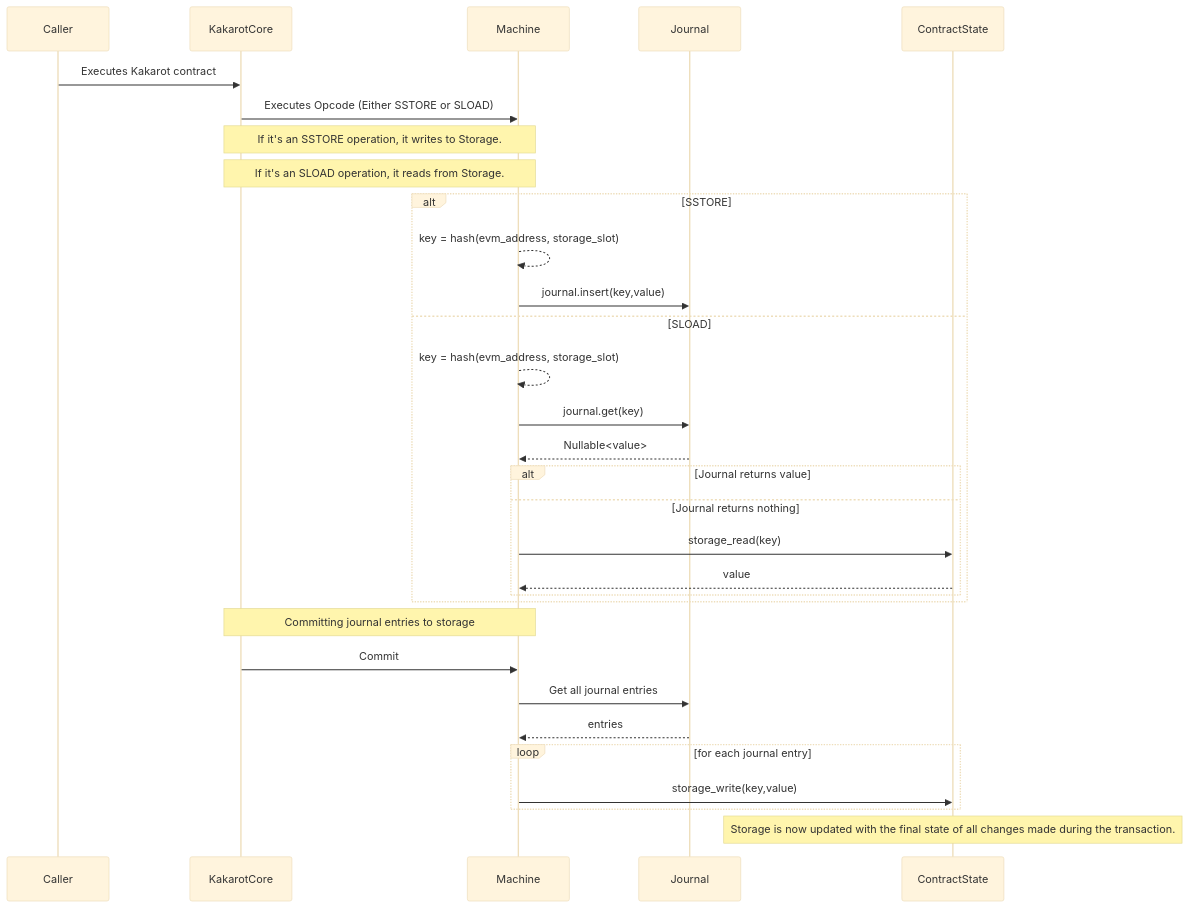
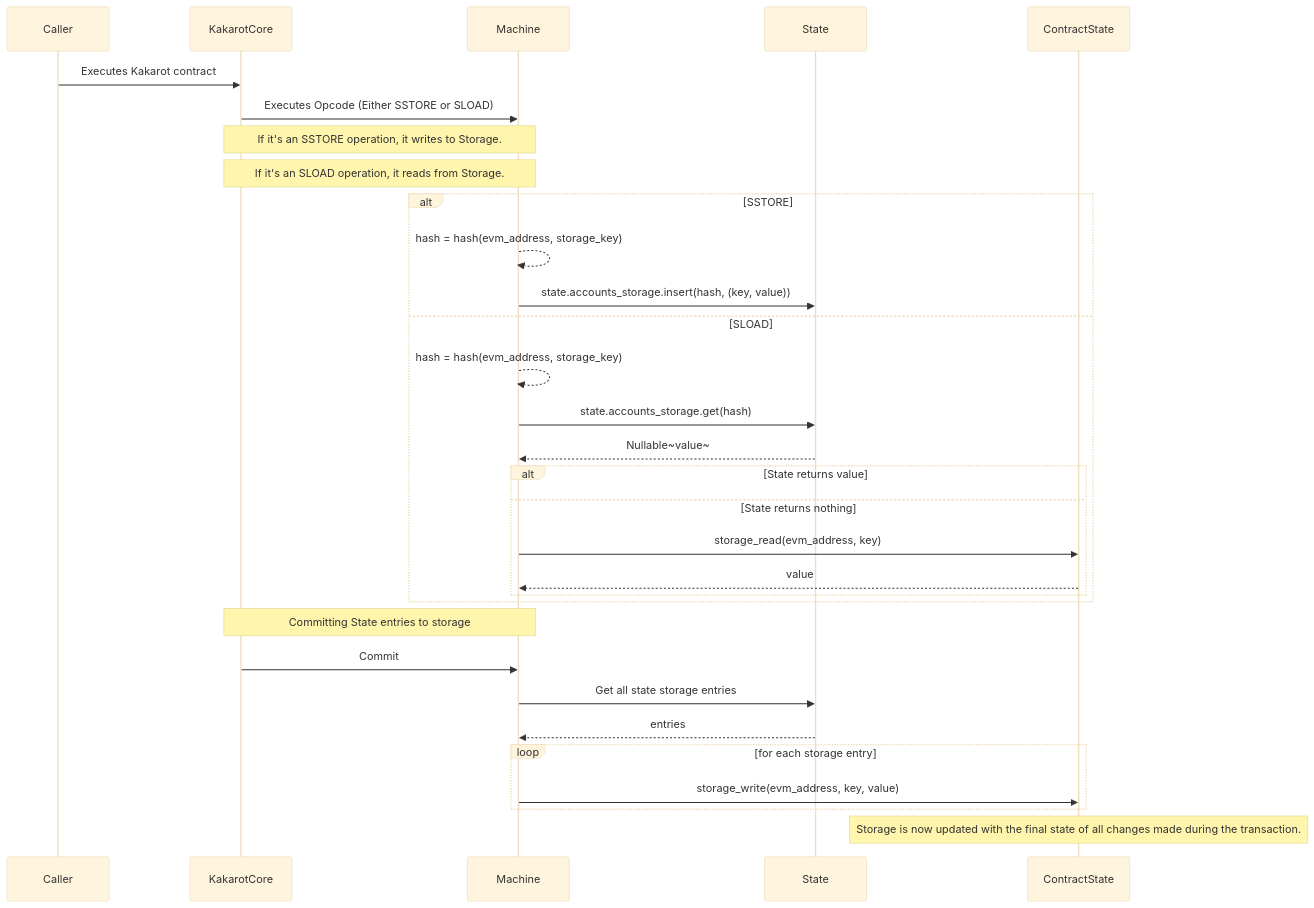
Before and after one commit to kkrt-labs/kakarot-ssj: the second of 2 diagrams in docs/general/contract_storage.md, drawn with Mermaid (base theme). The commit also changed other lines of this file and 28 other files, not shown here.

````diff
--- a/docs/general/contract_storage.md
+++ b/docs/general/contract_storage.md
@@ -139,38 +190,38 @@
 ```mermaid
 sequenceDiagram
     participant C as Caller
     participant K as KakarotCore
     participant M as Machine
-    participant J as Journal
+    participant J as State
     participant S as ContractState
 
     C->>K: Executes Kakarot contract
     K->>M: Executes Opcode (Either SSTORE or SLOAD)
 
     Note over K,M: If it's an SSTORE operation, it writes to Storage.
     Note over K,M: If it's an SLOAD operation, it reads from Storage.
 
     alt SSTORE
-        M-->>M: key = hash(evm_address, storage_slot)
-        M->>J: journal.insert(key,value)
+        M-->>M: hash = hash(evm_address, storage_key)
+        M->>J: state.accounts_storage.insert(hash, (key, value))
     else SLOAD
-        M-->>M: key = hash(evm_address, storage_slot)
-        M->>J: journal.get(key)
-        J -->> M: Nullable<value>
-        alt Journal returns value
+        M-->>M: hash = hash(evm_address, storage_key)
+        M->>J: state.accounts_storage.get(hash)
+        J -->> M: Nullable~value~
+        alt State returns value
 
-        else Journal returns nothing
-            M->>S: storage_read(key)
+        else State returns nothing
+            M->>S: storage_read(evm_address, key)
             S-->>M: value
         end
     end
-    Note over K,M: Committing journal entries to storage
+    Note over K,M: Committing State entries to storage
     K->>M: Commit
-    M->>J: Get all journal entries
+    M->>J: Get all state storage entries
     J -->>M: entries
-    loop for each journal entry
-        M->>S: storage_write(key,value)
+    loop for each storage entry
+        M->>S: storage_write(evm_address, key, value)
     end
 
     Note over S: Storage is now updated with the final state of all changes made during the transaction.
 ```
````
